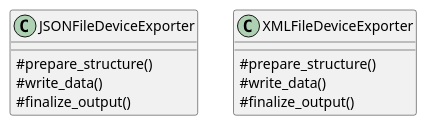
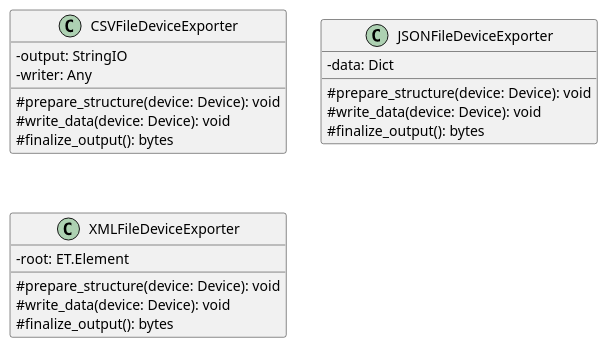
One commit to GroupRubberDuck/Documentazione changed the diagram in src/PB/DocumentazioneEsterna/Specifica_Tecnica/content/05-diagrammi-classi/uml/puml/Backend/OutboundAdapters/JSONFileDeviceExporter.puml. Above: the diagram before and after it, drawn with PlantUML. The commit also changed 70 other files, not shown here.

```diff
--- a/src/PB/DocumentazioneEsterna/Specifica_Tecnica/content/05-diagrammi-classi/uml/puml/Backend/OutboundAdapters/JSONFileDeviceExporter.puml
+++ b/src/PB/DocumentazioneEsterna/Specifica_Tecnica/content/05-diagrammi-classi/uml/puml/Backend/OutboundAdapters/JSONFileDeviceExporter.puml
@@ -1,16 +1,26 @@
 @startuml 
 skinparam classAttributeIconSize 0  
    
-   class JSONFileDeviceExporter {
-        # prepare_structure()
-        # write_data()
-        # finalize_output()
+    class CSVFileDeviceExporter {
+        - output: StringIO
+        - writer: Any
+        # prepare_structure(device: Device): void
+        # write_data(device: Device): void
+        # finalize_output(): bytes
+    }
+
+    class JSONFileDeviceExporter {
+        - data: Dict
+        # prepare_structure(device: Device): void
+        # write_data(device: Device): void
+        # finalize_output(): bytes
     }
 
     class XMLFileDeviceExporter {
-        # prepare_structure()
-        # write_data()
-        # finalize_output()
+        - root: ET.Element
+        # prepare_structure(device: Device): void
+        # write_data(device: Device): void
+        # finalize_output(): bytes
     }
 
 @enduml
```
